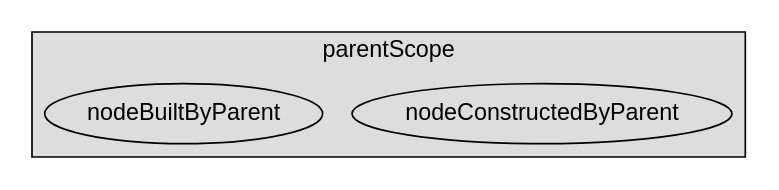
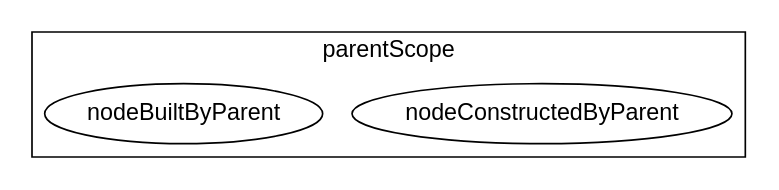
The diagram in test.graphs.example_scope_blue_print.dot (ggsuite/supply_chain), drawn with Graphviz before and after one commit. The commit also changed 24 other files, not shown here.

```diff
--- a/test.graphs.example_scope_blue_print.dot
+++ b/test.graphs.example_scope_blue_print.dot
@@ -1,18 +1,16 @@
 digraph unix {
     graph [nodesep = 0.25; ranksep=1];
     fontname="Helvetica,Arial,sans-serif"
     node [fontname="Helvetica,Arial,sans-serif"]
     edge [fontname="Helvetica,Arial,sans-serif"]
     subgraph cluster_parentScope_2 {
         label = "parentScope";
-        style = filled;
-        fillcolor = "#DDDDDD";
         nodeConstructedByParent_0 [
         label="nodeConstructedByParent"
         ];
         nodeBuiltByParent_1 [
         label="nodeBuiltByParent"
         ];
         
     }
 }
```
